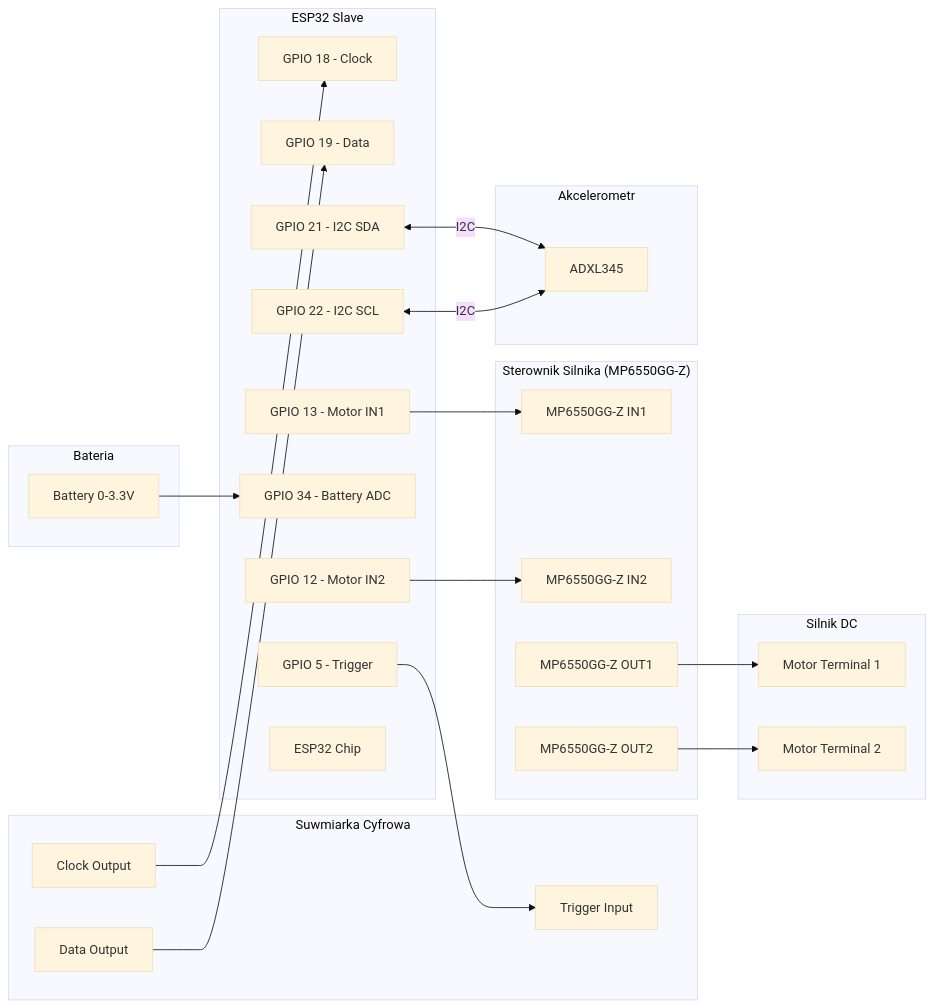
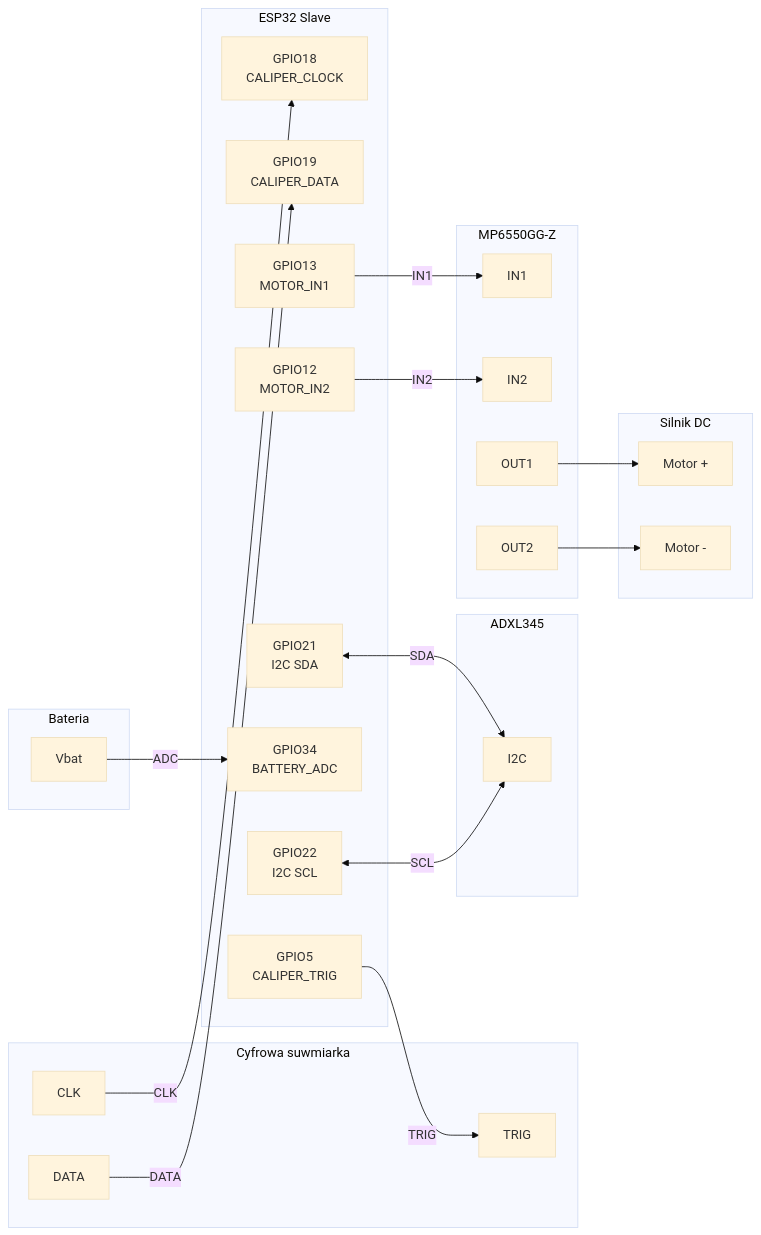
One commit to ciupakt/caliper changed the third of 3 diagrams in README.md. Above: the diagram before and after it, drawn with Mermaid (base theme). The commit also changed other lines of this file, not shown here.

````diff
--- a/README.md
+++ b/README.md
@@ -402,51 +94,58 @@
 ```mermaid
-graph LR
-    subgraph "ESP32 Slave"
-        GPIO18[GPIO 18 - Clock]
-        GPIO19[GPIO 19 - Data]
-        GPIO5[GPIO 5 - Trigger]
-        GPIO13[GPIO 13 - Motor IN1]
-        GPIO12[GPIO 12 - Motor IN2]
-        GPIO34[GPIO 34 - Battery ADC]
-        SDA[GPIO 21 - I2C SDA]
-        SCL[GPIO 22 - I2C SCL]
-        Chip[ESP32 Chip]
-    end
-    
-    subgraph "Suwmiarka Cyfrowa"
-        Clock[Clock Output]
-        Data[Data Output]
-        Trigger[Trigger Input]
-    end
-    
-    subgraph "Sterownik Silnika (MP6550GG-Z)"
-        IN1[MP6550GG-Z IN1]
-        IN2[MP6550GG-Z IN2]
-        OUT1[MP6550GG-Z OUT1]
-        OUT2[MP6550GG-Z OUT2]
+flowchart LR
+    %% Układ: urządzenia po lewej, ESP32 po środku, obciążenia po prawej.
+
+    subgraph CAL[Cyfrowa suwmiarka]
+        CAL_CLK[CLK]
+        CAL_DATA[DATA]
+        CAL_TRIG[TRIG]
     end
 
-    subgraph "Silnik DC"
-        M1[Motor Terminal 1]
-        M2[Motor Terminal 2]
+    subgraph ACC[ADXL345]
+        ACC_I2C[I2C]
     end
-    
-    subgraph "Akcelerometr"
-        ADXL[ADXL345]
+
+    subgraph BATT[Bateria]
+        BATT_V[Vbat]
     end
-    
-    subgraph "Bateria"
-        Batt[Battery 0-3.3V]
+
+    subgraph SL[ESP32 Slave]
+        GPIO18[GPIO18<br/>CALIPER_CLOCK]
+        GPIO19[GPIO19<br/>CALIPER_DATA]
+        GPIO5[GPIO5<br/>CALIPER_TRIG]
+
+        GPIO21[GPIO21<br/>I2C SDA]
+        GPIO22[GPIO22<br/>I2C SCL]
+
+        GPIO34[GPIO34<br/>BATTERY_ADC]
+
+        GPIO13[GPIO13<br/>MOTOR_IN1]
+        GPIO12[GPIO12<br/>MOTOR_IN2]
     end
-    
-    Clock --> GPIO18
-    Data --> GPIO19
-    GPIO5 --> Trigger
-    GPIO13 --> IN1
-    GPIO12 --> IN2
-    Batt --> GPIO34
-    SDA <-->|I2C| ADXL
-    SCL <-->|I2C| ADXL
-    OUT1 --> M1
-    OUT2 --> M2
+
+    subgraph DRV[MP6550GG-Z]
+        DRV_IN1[IN1]
+        DRV_IN2[IN2]
+        DRV_OUT1[OUT1]
+        DRV_OUT2[OUT2]
+    end
+
+    subgraph MOT[Silnik DC]
+        MOT_A[Motor +]
+        MOT_B[Motor -]
+    end
+
+    CAL_CLK -->|CLK| GPIO18
+    CAL_DATA -->|DATA| GPIO19
+    GPIO5 -->|TRIG| CAL_TRIG
+
+    GPIO21 <--> |SDA| ACC_I2C
+    GPIO22 <--> |SCL| ACC_I2C
+
+    BATT_V -->|ADC| GPIO34
+
+    GPIO13 -->|IN1| DRV_IN1
+    GPIO12 -->|IN2| DRV_IN2
+    DRV_OUT1 --> MOT_A
+    DRV_OUT2 --> MOT_B
 ```
````
